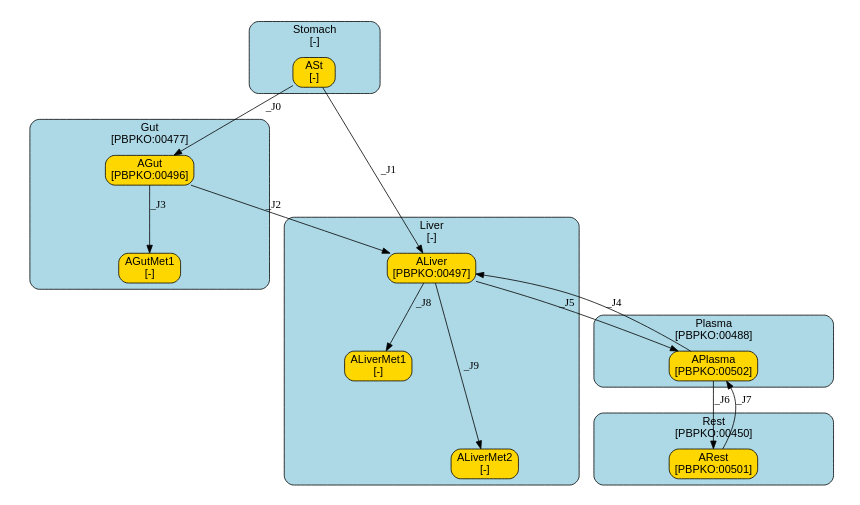
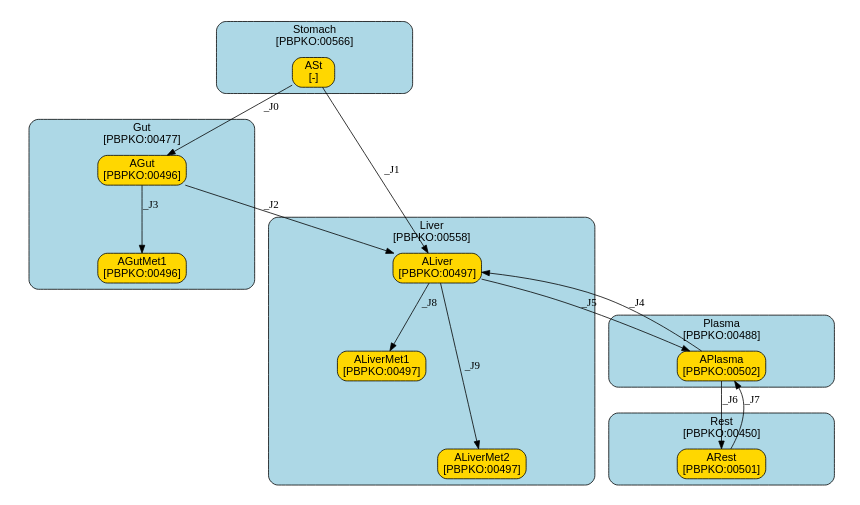
Before and after one commit to fair-pbk/exposure-route-pbk-models: the diagram in models/oral/Bisphenols/Deepika/summary.dot, drawn with Graphviz. The commit also changed 134 other files, not shown here.

```diff
--- a/models/oral/Bisphenols/Deepika/summary.dot
+++ b/models/oral/Bisphenols/Deepika/summary.dot
@@ -1,130 +1,130 @@
 digraph {
 	graph [ratio=fill,
 		size="7,4"
 	];
 	node [fontname=Arial];
 	subgraph cluster_Stomach {
 		graph [color=black,
 			fillcolor=lightblue,
 			fontname=Arial,
 			href="#compartment-Stomach",
 			label="Stomach
-[-]",
+[PBPKO:00566]",
 			shape=box,
 			style="filled,rounded"
 		];
 		ASt	[color=black,
 			fillcolor=gold,
 			href="#species-ASt",
 			label="ASt
 [-]",
 			shape=box,
 			style="filled,rounded"];
 	}
 	subgraph cluster_Liver {
 		graph [color=black,
 			fillcolor=lightblue,
 			fontname=Arial,
 			href="#compartment-Liver",
 			label="Liver
-[-]",
+[PBPKO:00558]",
 			shape=box,
 			style="filled,rounded"
 		];
 		ALiver	[color=black,
 			fillcolor=gold,
 			href="#species-ALiver",
 			label="ALiver
 [PBPKO:00497]",
 			shape=box,
 			style="filled,rounded"];
 		ALiverMet1	[color=black,
 			fillcolor=gold,
 			href="#species-ALiverMet1",
 			label="ALiverMet1
-[-]",
+[PBPKO:00497]",
 			shape=box,
 			style="filled,rounded"];
 		ALiverMet2	[color=black,
 			fillcolor=gold,
 			href="#species-ALiverMet2",
 			label="ALiverMet2
-[-]",
+[PBPKO:00497]",
 			shape=box,
 			style="filled,rounded"];
 	}
 	subgraph cluster_Plasma {
 		graph [color=black,
 			fillcolor=lightblue,
 			fontname=Arial,
 			href="#compartment-Plasma",
 			label="Plasma
 [PBPKO:00488]",
 			shape=box,
 			style="filled,rounded"
 		];
 		APlasma	[color=black,
 			fillcolor=gold,
 			href="#species-APlasma",
 			label="APlasma
 [PBPKO:00502]",
 			shape=box,
 			style="filled,rounded"];
 	}
 	subgraph cluster_Gut {
 		graph [color=black,
 			fillcolor=lightblue,
 			fontname=Arial,
 			href="#compartment-Gut",
 			label="Gut
 [PBPKO:00477]",
 			shape=box,
 			style="filled,rounded"
 		];
 		AGut	[color=black,
 			fillcolor=gold,
 			href="#species-AGut",
 			label="AGut
 [PBPKO:00496]",
 			shape=box,
 			style="filled,rounded"];
 		AGutMet1	[color=black,
 			fillcolor=gold,
 			href="#species-AGutMet1",
 			label="AGutMet1
-[-]",
+[PBPKO:00496]",
 			shape=box,
 			style="filled,rounded"];
 	}
 	subgraph cluster_Rest {
 		graph [color=black,
 			fillcolor=lightblue,
 			fontname=Arial,
 			href="#compartment-Rest",
 			label="Rest
 [PBPKO:00450]",
 			shape=box,
 			style="filled,rounded"
 		];
 		ARest	[color=black,
 			fillcolor=gold,
 			href="#species-ARest",
 			label="ARest
 [PBPKO:00501]",
 			shape=box,
 			style="filled,rounded"];
 	}
 	ASt -> ALiver	[label=_J1];
 	ASt -> AGut	[label=_J0];
 	ALiver -> ALiverMet1	[label=_J8,
 		minlen=1];
 	ALiver -> ALiverMet2	[label=_J9,
 		minlen=2];
 	ALiver -> APlasma	[label=_J5];
 	APlasma -> ALiver	[label=_J4];
 	APlasma -> ARest	[label=_J6];
 	AGut -> ALiver	[label=_J2];
 	AGut -> AGutMet1	[label=_J3,
 		minlen=1];
 	ARest -> APlasma	[label=_J7];
 }
```
